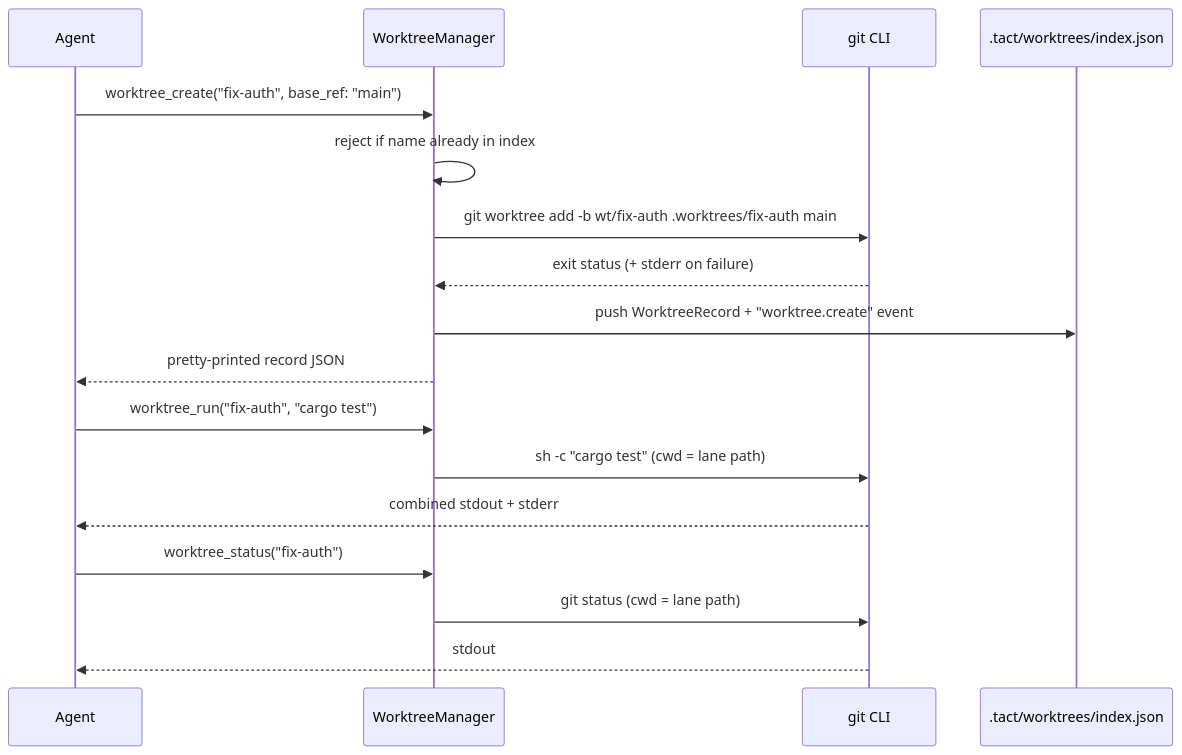
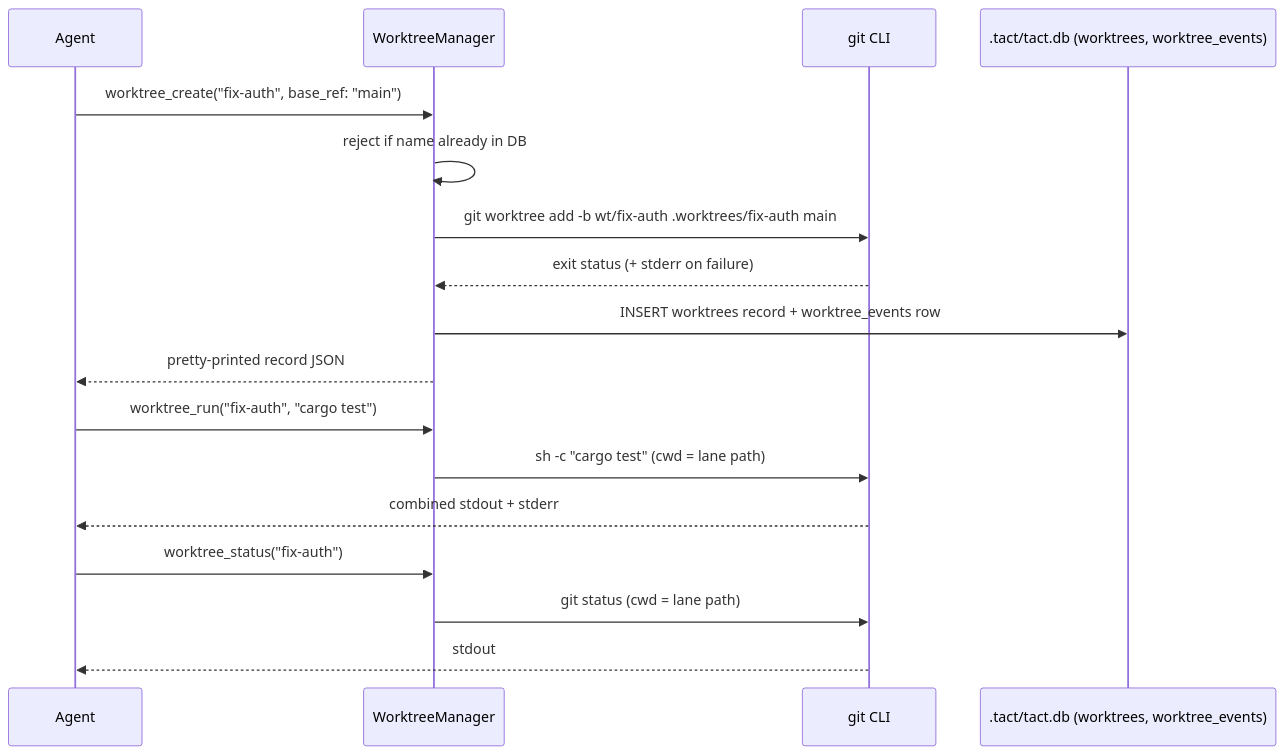
One commit to rust-infra/tact changed the diagram in book/15_chapter_worktree.md. Above: the diagram before and after it, drawn with Mermaid. The commit also changed other lines of this file and 344 other files, not shown here.

````diff
--- a/book/15_chapter_worktree.md
+++ b/book/15_chapter_worktree.md
@@ -60,22 +67,22 @@
 ```mermaid
 sequenceDiagram
     participant Agent
     participant WM as WorktreeManager
     participant Git as git CLI
-    participant FS as .tact/worktrees/index.json
+    participant DB as .tact/tact.db (worktrees, worktree_events)
 
     Agent->>WM: worktree_create("fix-auth", base_ref: "main")
-    WM->>WM: reject if name already in index
+    WM->>WM: reject if name already in DB
     WM->>Git: git worktree add -b wt/fix-auth .worktrees/fix-auth main
     Git-->>WM: exit status (+ stderr on failure)
-    WM->>FS: push WorktreeRecord + "worktree.create" event
+    WM->>DB: INSERT worktrees record + worktree_events row
     WM-->>Agent: pretty-printed record JSON
 
     Agent->>WM: worktree_run("fix-auth", "cargo test")
     WM->>Git: sh -c "cargo test" (cwd = lane path)
     Git-->>Agent: combined stdout + stderr
 
     Agent->>WM: worktree_status("fix-auth")
     WM->>Git: git status (cwd = lane path)
     Git-->>Agent: stdout
 ```
````
